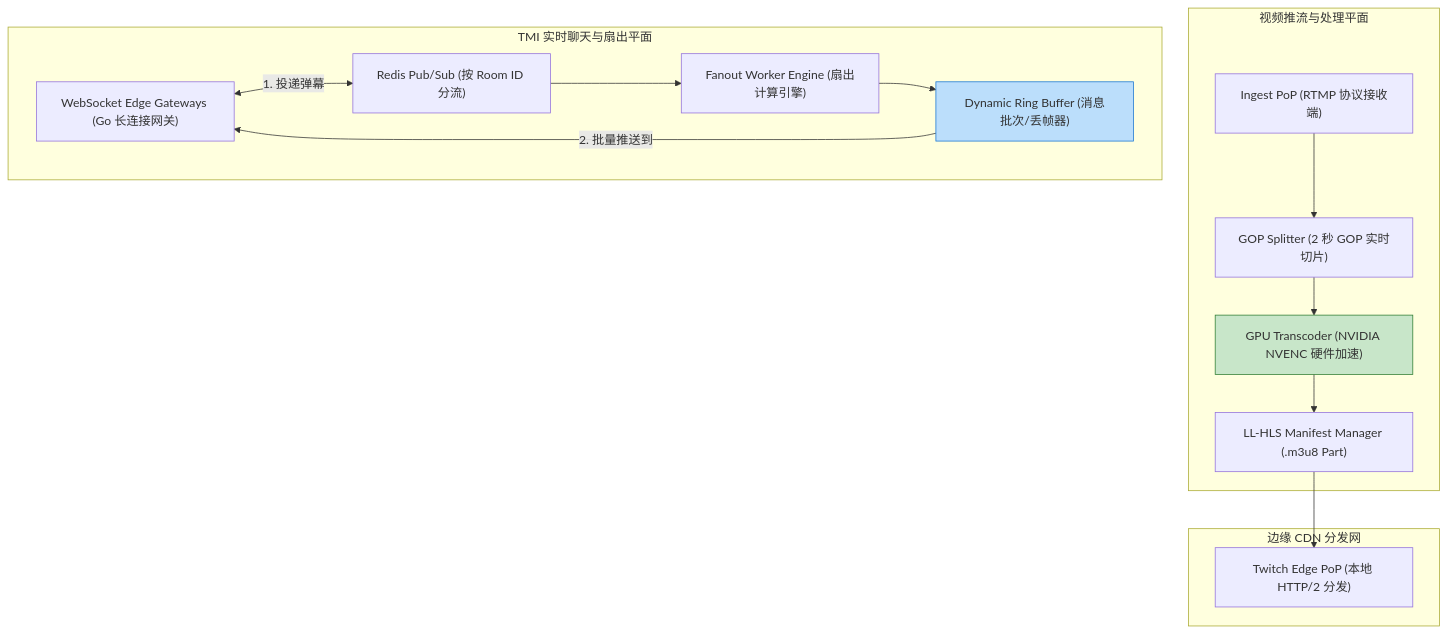
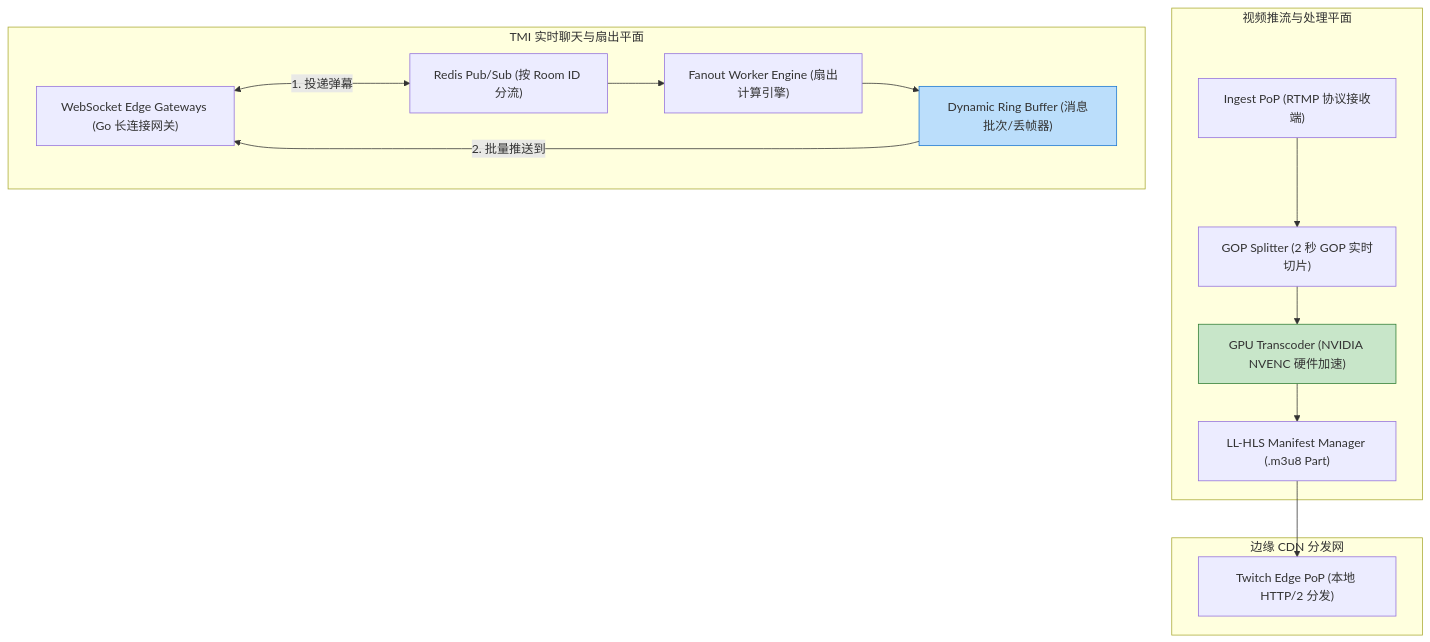
The fourth of 6 diagrams in docs/atlas/twitch.mdx (koosai/AI-Architect-Learning), drawn with Mermaid before and after one commit. The commit also changed other lines of this file and 68 other files, not shown here.

Commit message:
fix(atlas): fix browser client-side Mermaid rendering for mindmaps and flowcharts across 67 case studies

````diff
--- a/docs/atlas/twitch.mdx
+++ b/docs/atlas/twitch.mdx
@@ -125,33 +125,33 @@
 ```mermaid
 graph TB
   subgraph StreamIngress["视频推流与处理平面"]
     IngestPoP["Ingest PoP (RTMP 协议接收端)"]
     GOPChunker["GOP Splitter (2 秒 GOP 实时切片)"]
     GPUTranscoder["GPU Transcoder (NVIDIA NVENC 硬件加速)"]
     LLHLSServer["LL-HLS Manifest Manager (.m3u8 Part)"]
   end
 
   subgraph ChatInfrastructure["TMI 实时聊天与扇出平面"]
     WSFronting["WebSocket Edge Gateways (Go 长连接网关)"]
     RedisPubSubCluster["Redis Pub/Sub (按 Room ID 分流)"]
     FanoutWorker["Fanout Worker Engine (扇出计算引擎)"]
     RingBufferQueue["Dynamic Ring Buffer (消息批次/丢帧器)"]
   end
 
   subgraph EdgeDeliveryNetwork["边缘 CDN 分发网"]
     EdgePOPNode["Twitch Edge PoP (本地 HTTP/2 分发)"]
   end
 
   IngestPoP --> GOPChunker
   GOPChunker --> GPUTranscoder
   GPUTranscoder --> LLHLSServer
   LLHLSServer --> EdgePOPNode
 
-  WSFronting <-->|1. 投递弹幕| RedisPubSubCluster
+  WSFronting <--->|1. 投递弹幕| RedisPubSubCluster
   RedisPubSubCluster --> FanoutWorker
   FanoutWorker --> RingBufferQueue
   RingBufferQueue -->|2. 批量推送到| WSFronting
 
   style GPUTranscoder fill:#c8e6c9,stroke:#2e7d32
   style RingBufferQueue fill:#bbdefb,stroke:#1976d2
 ```
````
